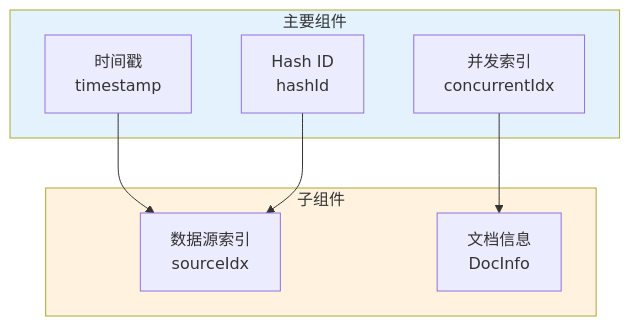
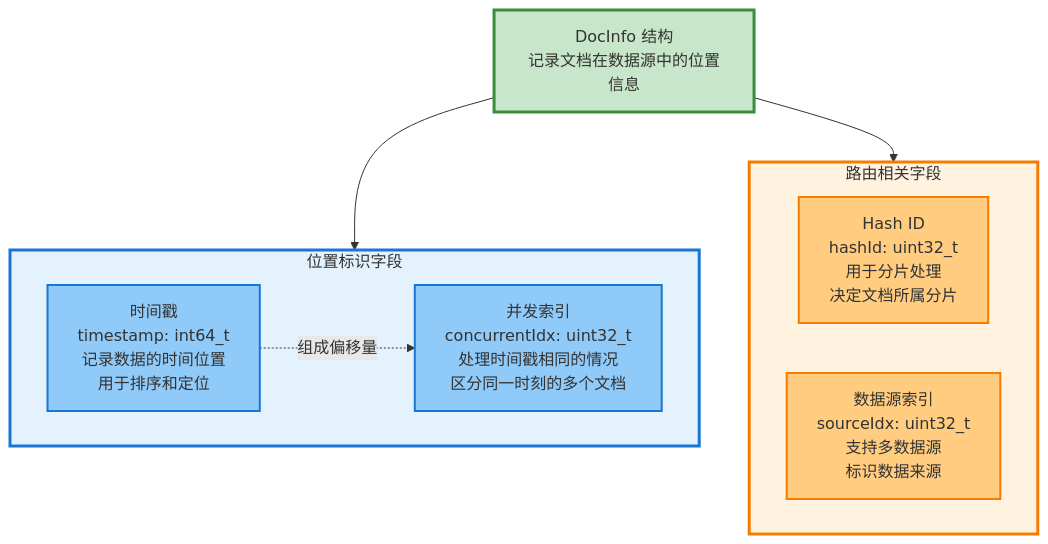
One commit to zhouzhilong-commits/zhouzhilong-commits.github.io changed the fifth of 44 diagrams in _posts/2025-07-22-indexlib-9-locator-consistency.md. Above: the diagram before and after it, drawn with Mermaid. The commit also changed other lines of this file and 6 other files, not shown here.

````diff
--- a/_posts/2025-07-22-indexlib-9-locator-consistency.md
+++ b/_posts/2025-07-22-indexlib-9-locator-consistency.md
@@ -301,20 +355,29 @@
 ```mermaid
-flowchart TD
-    subgraph Main["主要组件"]
-        A["时间戳<br/>timestamp"]
-        B["并发索引<br/>concurrentIdx"]
-        C["Hash ID<br/>hashId"]
+flowchart TB
+    DocInfo["DocInfo 结构<br/>记录文档在数据源中的位置信息"]
+    
+    subgraph Position["位置标识字段"]
+        direction LR
+        A["时间戳<br/>timestamp: int64_t<br/>记录数据的时间位置<br/>用于排序和定位"]
+        B["并发索引<br/>concurrentIdx: uint32_t<br/>处理时间戳相同的情况<br/>区分同一时刻的多个文档"]
     end
     
-    subgraph Sub["子组件"]
-        D["数据源索引<br/>sourceIdx"]
-        E["文档信息<br/>DocInfo"]
+    subgraph Routing["路由相关字段"]
+        direction LR
+        C["Hash ID<br/>hashId: uint32_t<br/>用于分片处理<br/>决定文档所属分片"]
+        D["数据源索引<br/>sourceIdx: uint32_t<br/>支持多数据源<br/>标识数据来源"]
     end
     
-    A --> D
-    B --> E
-    C --> D
+    DocInfo --> Position
+    DocInfo --> Routing
     
-    style Main fill:#e3f2fd
-    style Sub fill:#fff3e0
+    A -.->|组成偏移量| B
+    
+    style DocInfo fill:#c8e6c9,stroke:#388e3c,stroke-width:3px
+    style Position fill:#e3f2fd,stroke:#1976d2,stroke-width:3px
+    style Routing fill:#fff3e0,stroke:#f57c00,stroke-width:3px
+    style A fill:#90caf9,stroke:#1976d2,stroke-width:2px
+    style B fill:#90caf9,stroke:#1976d2,stroke-width:2px
+    style C fill:#ffcc80,stroke:#f57c00,stroke-width:2px
+    style D fill:#ffcc80,stroke:#f57c00,stroke-width:2px
 ```
````
